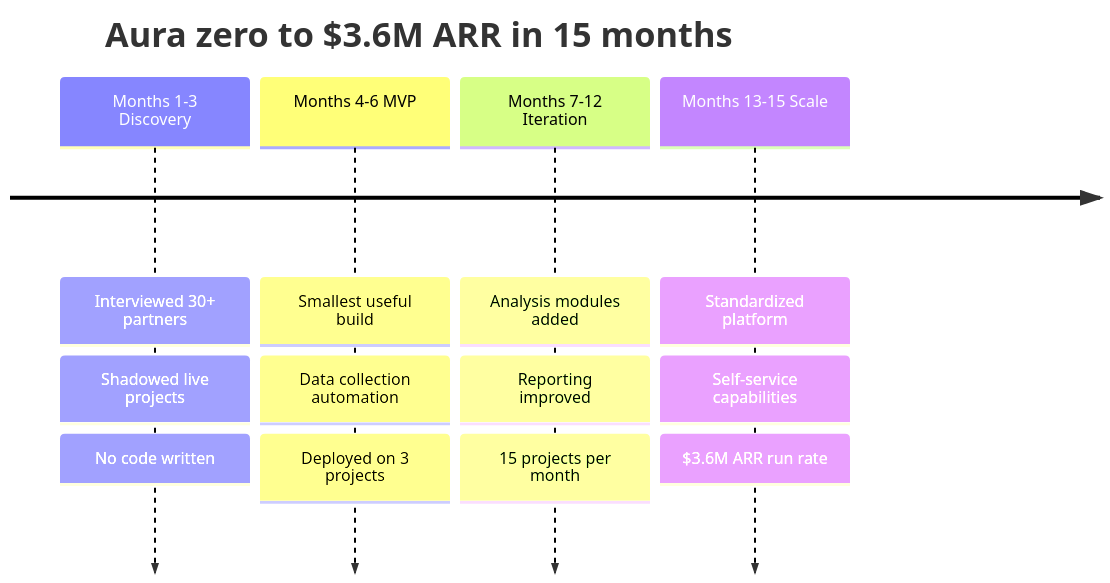
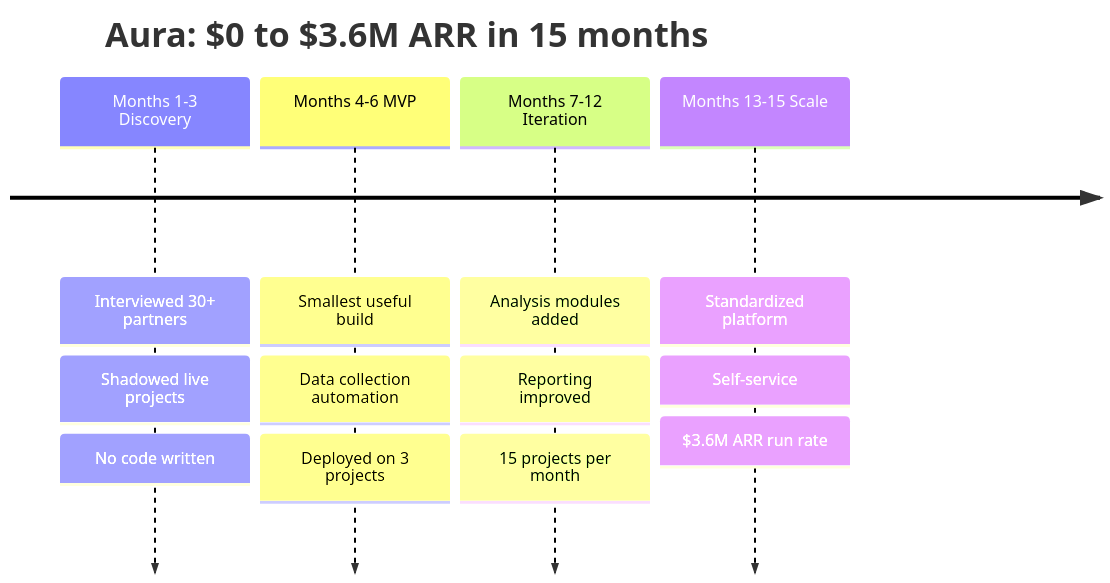
Before and after one commit to prasadus92/prasadus92.github.io: the second of 3 diagrams in src/content/blog/zero-to-one-bain.md, drawn with Mermaid. The commit also changed other lines of this file and 7 other files, not shown here.

````diff
--- a/src/content/blog/zero-to-one-bain.md
+++ b/src/content/blog/zero-to-one-bain.md
@@ -149,8 +109,8 @@
 ```mermaid
 timeline
-    title Aura zero to $3.6M ARR in 15 months
+    title Aura: $0 to $3.6M ARR in 15 months
     Months 1-3 Discovery : Interviewed 30+ partners : Shadowed live projects : No code written
     Months 4-6 MVP : Smallest useful build : Data collection automation : Deployed on 3 projects
     Months 7-12 Iteration : Analysis modules added : Reporting improved : 15 projects per month
-    Months 13-15 Scale : Standardized platform : Self-service capabilities : $3.6M ARR run rate
+    Months 13-15 Scale : Standardized platform : Self-service : $3.6M ARR run rate
 ```
````
